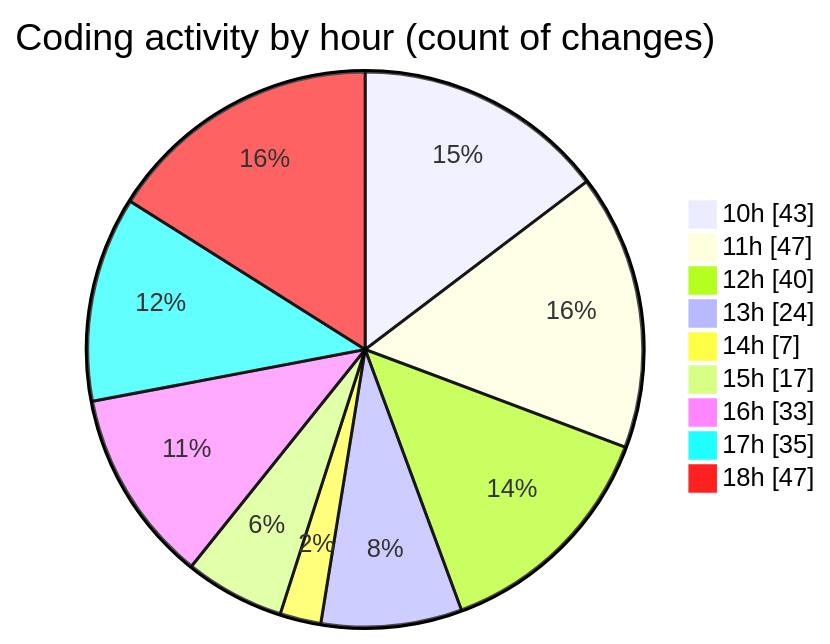
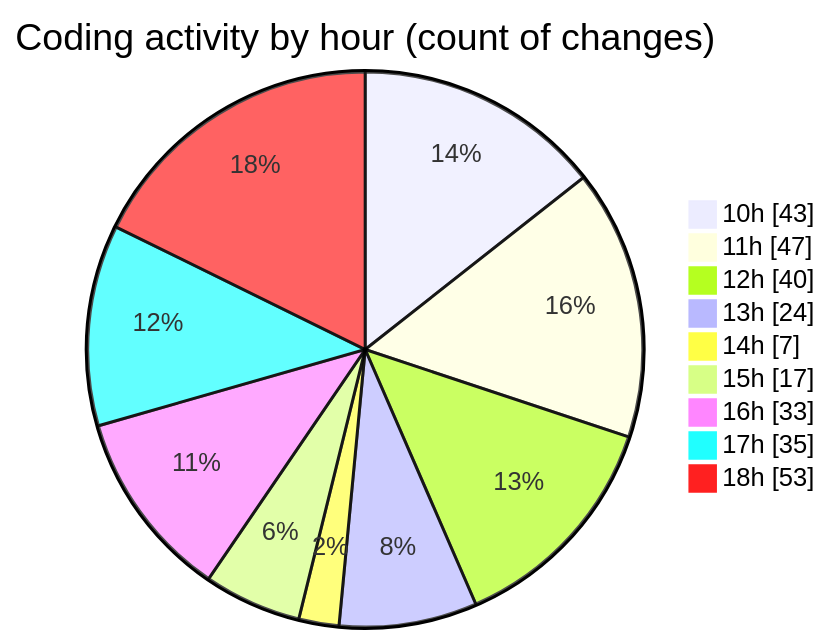
One commit to momahboobian/code-tracking changed the second of 2 diagrams in 2025-02-10/cda/README.md. Above: the diagram before and after it, drawn with Mermaid. The commit also changed other lines of this file and 1 other file, not shown here.

````diff
--- a/2025-02-10/cda/README.md
+++ b/2025-02-10/cda/README.md
@@ -35,13 +35,13 @@
 ```mermaid
 pie showData
 title Coding activity by hour (count of changes)
 "10h" : 43
 "11h" : 47
 "12h" : 40
 "13h" : 24
 "14h" : 7
 "15h" : 17
 "16h" : 33
 "17h" : 35
-"18h" : 47
+"18h" : 53
 ```
````
